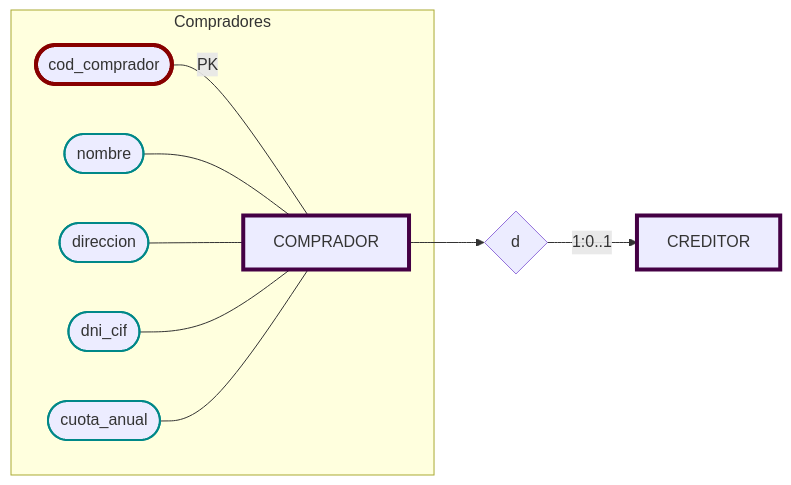
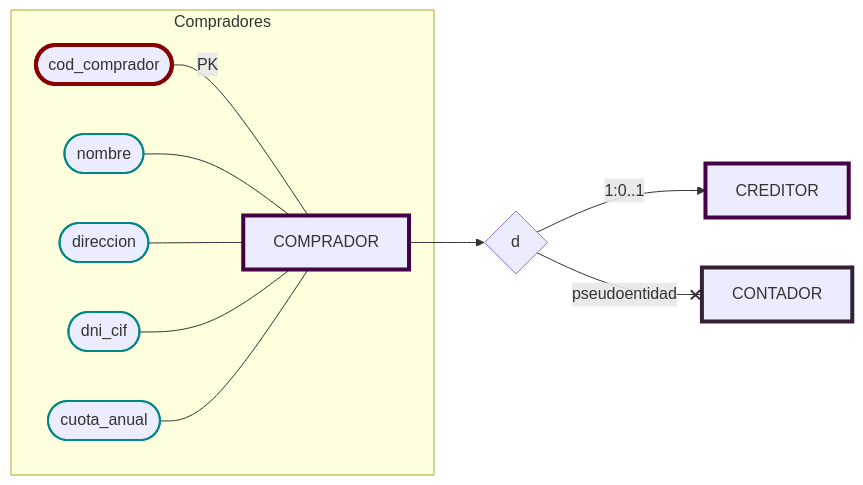
One commit to JulTob/Data changed the sixth of 13 diagrams in DataBases/lonja_DB.md. Above: the diagram before and after it, drawn with Mermaid. The commit also changed other lines of this file, not shown here.

````diff
--- a/DataBases/lonja_DB.md
+++ b/DataBases/lonja_DB.md
@@ -217,22 +214,24 @@
 ```mermaid
 flowchart LR
   classDef atributo stroke:#088,stroke-width:2px;
   classDef derivado stroke-width:3px, stroke-dasharray:3 3;
   classDef pk stroke:#800,stroke-width:4px;
   classDef fk stroke:#080,stroke-width:4px;
   classDef pkfk stroke:#880,stroke-width:4px;
   classDef entidad stroke:#404,stroke-width:4px;
+  classDef pseudoentidad stroke:#323,stroke-width:4px;
 
   %% Atributos COMPRADOR
   subgraph Compradores
     Comprador[COMPRADOR]:::entidad
     cod_comprador([cod_comprador]):::pk ---|PK| Comprador
     nombre([nombre]):::atributo --- Comprador
     direccion([direccion]):::atributo --- Comprador
     dni_cif([dni_cif]):::atributo --- Comprador
     cuota_anual([cuota_anual]):::atributo --- Comprador
     end
 
   Comprador --> es{d} -->|1:0..1| CompradorCredito[CREDITOR]:::entidad
+				es{d} --x|pseudoentidad| contador[CONTADOR]:::pseudoentidad
 
 ```
````
